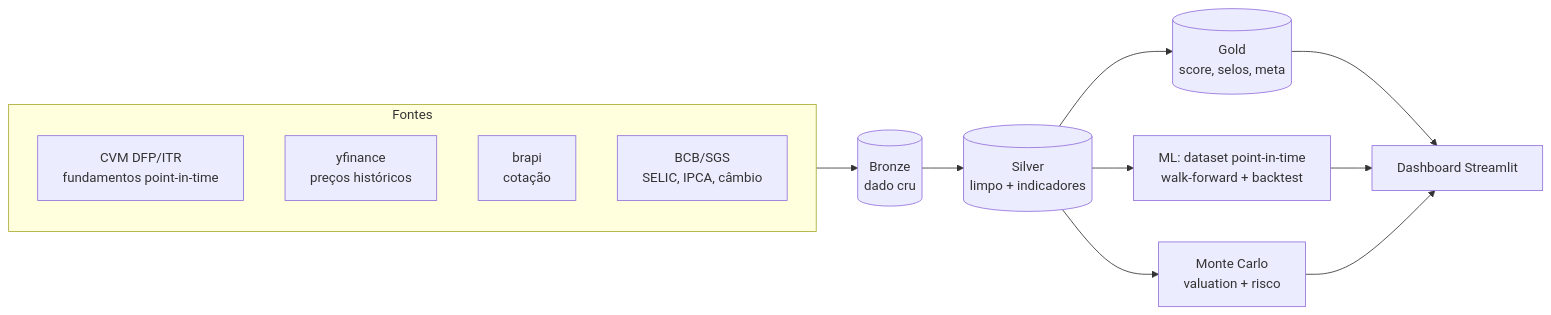
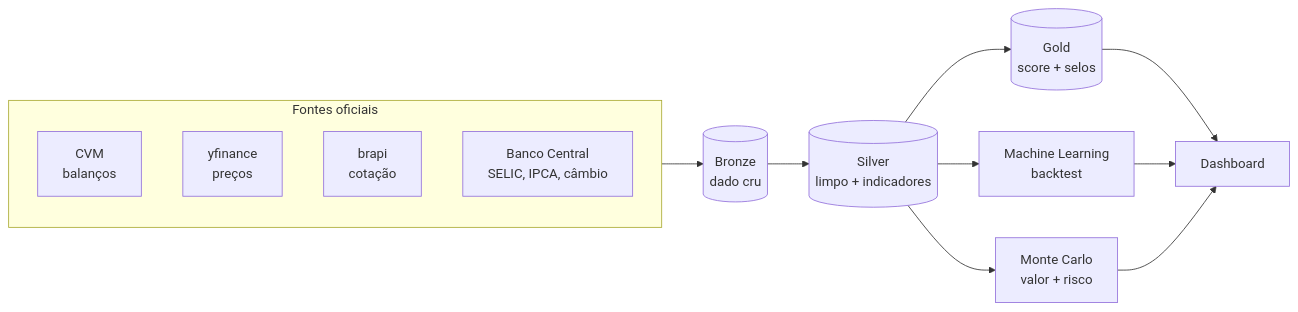
Before and after one commit to Suami-Yonashiro/garimpo-alpha-b3: the diagram in README.md, drawn with Mermaid. The commit also changed other lines of this file and 1 other file, not shown here.

First line of the commit message:
refactor(dashboard) + docs(README): clareza e didatica

````diff
--- a/README.md
+++ b/README.md
@@ -47,17 +39,17 @@
 ```mermaid
 flowchart LR
-    subgraph F[Fontes]
-      CVM[CVM DFP/ITR<br/>fundamentos point-in-time]
-      YF[yfinance<br/>preços históricos]
+    subgraph F[Fontes oficiais]
+      CVM[CVM<br/>balanços]
+      YF[yfinance<br/>preços]
       BR[brapi<br/>cotação]
-      BCB[BCB/SGS<br/>SELIC, IPCA, câmbio]
+      BCB[Banco Central<br/>SELIC, IPCA, câmbio]
     end
     F --> B[(Bronze<br/>dado cru)]
     B --> S[(Silver<br/>limpo + indicadores)]
-    S --> G[(Gold<br/>score, selos, meta)]
-    S --> ML[ML: dataset point-in-time<br/>walk-forward + backtest]
-    S --> MC[Monte Carlo<br/>valuation + risco]
-    G --> D[Dashboard Streamlit]
+    S --> G[(Gold<br/>score + selos)]
+    S --> ML[Machine Learning<br/>backtest]
+    S --> MC[Monte Carlo<br/>valor + risco]
+    G --> D[Dashboard]
     ML --> D
     MC --> D
 ```
````
